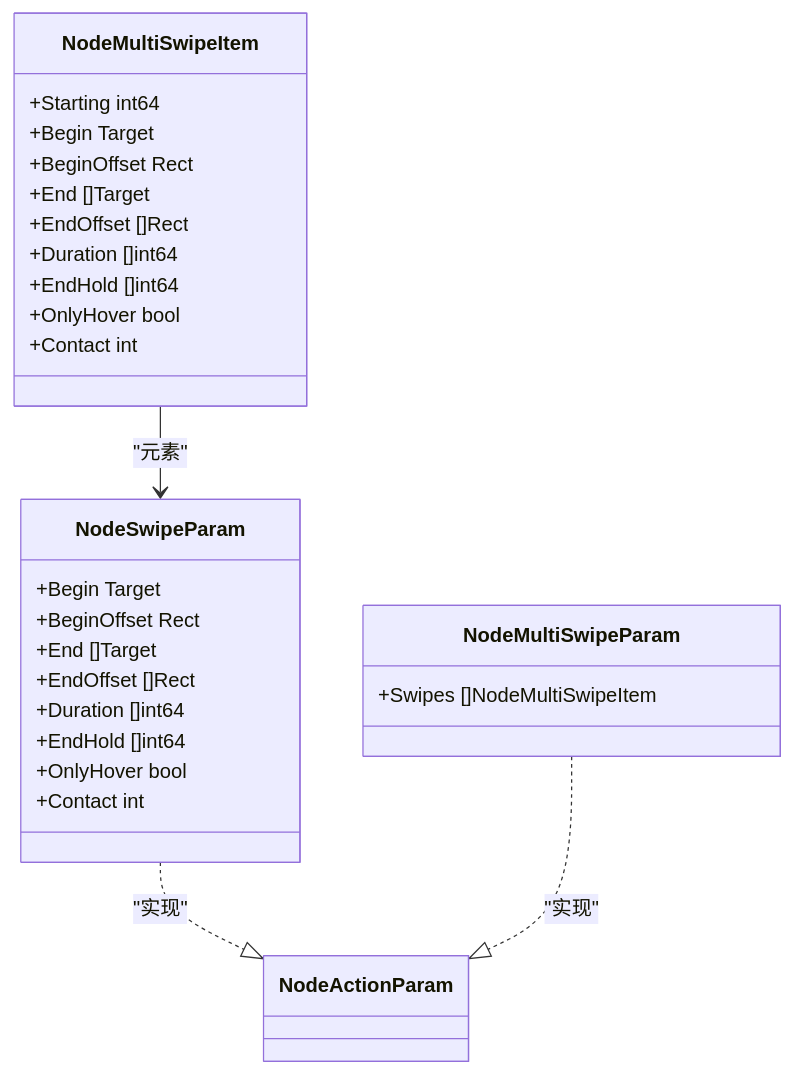
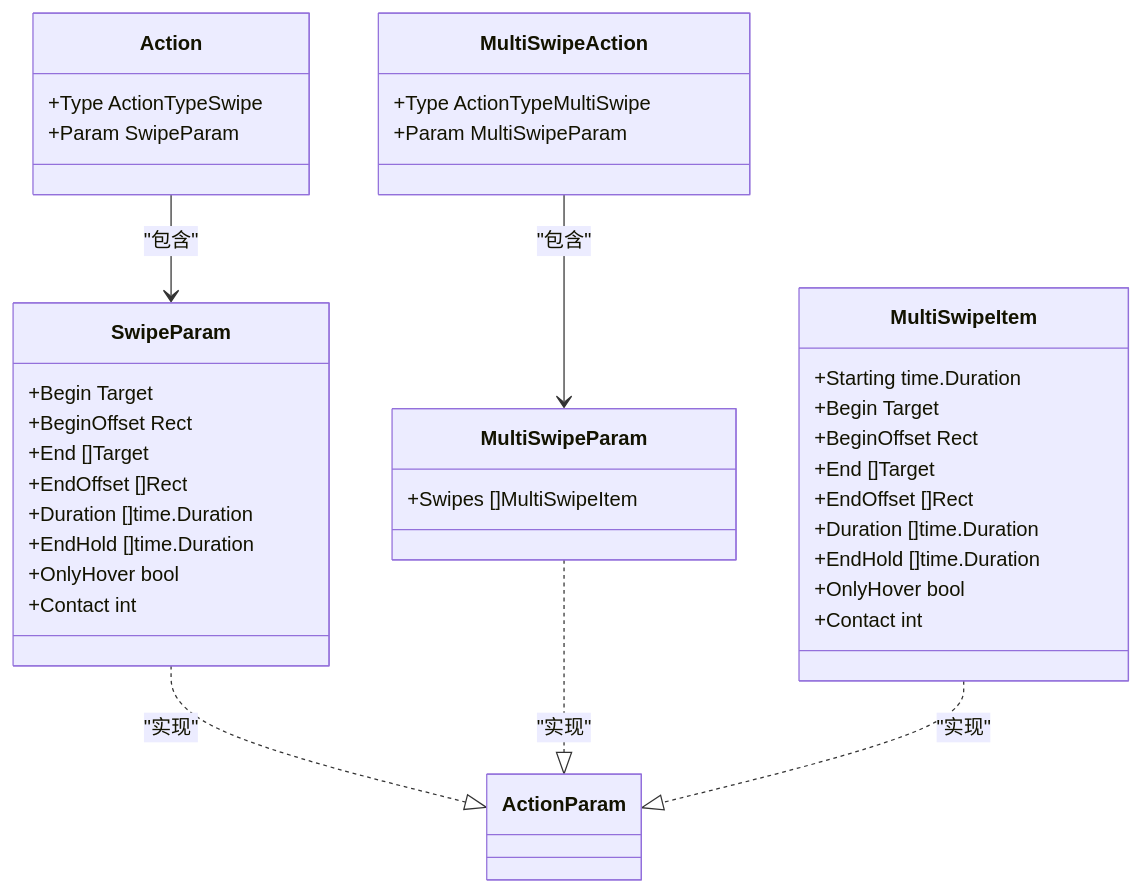
Before and after one commit to kqcoxn/MaaPipelineEditor: the third of 8 diagrams in instructions/maafw-golang-binding/高级功能/流水线配置/节点结构详解/动作配置详解/动作配置详解.md, drawn with Mermaid. The commit also changed other lines of this file and 6 other files, not shown here.

````diff
--- a/instructions/maafw-golang-binding/高级功能/流水线配置/节点结构详解/动作配置详解/动作配置详解.md
+++ b/instructions/maafw-golang-binding/高级功能/流水线配置/节点结构详解/动作配置详解/动作配置详解.md
@@ -115,30 +138,40 @@
 ```mermaid
 classDiagram
-class NodeSwipeParam {
+class SwipeParam {
 +Begin Target
 +BeginOffset Rect
 +End []Target
 +EndOffset []Rect
-+Duration []int64
-+EndHold []int64
++Duration []time.Duration
++EndHold []time.Duration
 +OnlyHover bool
 +Contact int
 }
-class NodeMultiSwipeParam {
-+Swipes []NodeMultiSwipeItem
+class MultiSwipeParam {
++Swipes []MultiSwipeItem
 }
-class NodeMultiSwipeItem {
-+Starting int64
+class MultiSwipeItem {
++Starting time.Duration
 +Begin Target
 +BeginOffset Rect
 +End []Target
 +EndOffset []Rect
-+Duration []int64
-+EndHold []int64
++Duration []time.Duration
++EndHold []time.Duration
 +OnlyHover bool
 +Contact int
 }
-NodeSwipeParam ..|> NodeActionParam : "实现"
-NodeMultiSwipeParam ..|> NodeActionParam : "实现"
-NodeMultiSwipeItem --> NodeSwipeParam : "元素"
+class Action {
++Type ActionTypeSwipe
++Param SwipeParam
+}
+class MultiSwipeAction {
++Type ActionTypeMultiSwipe
++Param MultiSwipeParam
+}
+SwipeParam ..|> ActionParam : "实现"
+MultiSwipeParam ..|> ActionParam : "实现"
+MultiSwipeItem ..|> ActionParam : "实现"
+Action --> SwipeParam : "包含"
+MultiSwipeAction --> MultiSwipeParam : "包含"
 ```
````
